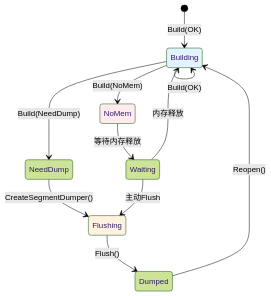
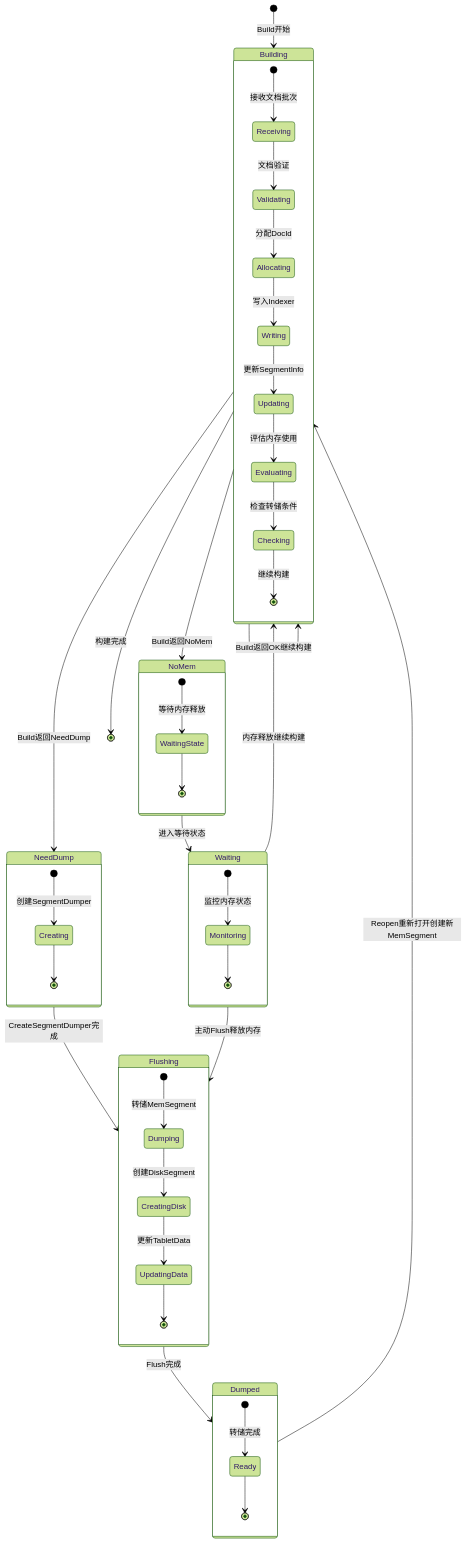
One commit to zhouzhilong-commits/zhouzhilong-commits.github.io changed the fifth of 28 diagrams in _posts/2025-06-03-indexlib-3-build-flow.md. Above: the diagram before and after it, drawn with Mermaid (forest theme). The commit also changed other lines of this file and 6 other files, not shown here.

````diff
--- a/_posts/2025-06-03-indexlib-3-build-flow.md
+++ b/_posts/2025-06-03-indexlib-3-build-flow.md
@@ -329,19 +418,59 @@
 ```mermaid
 stateDiagram-v2
-    [*] --> Building: Build(OK)
-    Building --> Building: Build(OK)
-    Building --> NeedDump: Build(NeedDump)
-    Building --> NoMem: Build(NoMem)
+    [*] --> Building: Build开始
     
-    NeedDump --> Flushing: CreateSegmentDumper()
-    Flushing --> Dumped: Flush()
-    Dumped --> Building: Reopen()
+    state Building {
+        [*] --> Receiving: 接收文档批次
+        Receiving --> Validating: 文档验证
+        Validating --> Allocating: 分配DocId
+        Allocating --> Writing: 写入Indexer
+        Writing --> Updating: 更新SegmentInfo
+        Updating --> Evaluating: 评估内存使用
+        Evaluating --> Checking: 检查转储条件
+        Checking --> [*]: 继续构建
+    }
     
-    NoMem --> Waiting: 等待内存释放
-    Waiting --> Building: 内存释放
-    Waiting --> Flushing: 主动Flush
+    Building --> Building: Build返回OK继续构建
+    Building --> NeedDump: Build返回NeedDump
+    Building --> NoMem: Build返回NoMem
     
-    style Building fill:#e3f2fd
-    style Flushing fill:#fff3e0
-    style NoMem fill:#ffebee
+    state NeedDump {
+        [*] --> Creating: 创建SegmentDumper
+        Creating --> [*]
+    }
+    
+    NeedDump --> Flushing: CreateSegmentDumper完成
+    
+    state Flushing {
+        [*] --> Dumping: 转储MemSegment
+        Dumping --> CreatingDisk: 创建DiskSegment
+        CreatingDisk --> UpdatingData: 更新TabletData
+        UpdatingData --> [*]
+    }
+    
+    Flushing --> Dumped: Flush完成
+    
+    state Dumped {
+        [*] --> Ready: 转储完成
+        Ready --> [*]
+    }
+    
+    Dumped --> Building: Reopen重新打开创建新MemSegment
+    
+    state NoMem {
+        [*] --> WaitingState: 等待内存释放
+        WaitingState --> [*]
+    }
+    
+    NoMem --> Waiting: 进入等待状态
+    
+    state Waiting {
+        [*] --> Monitoring: 监控内存状态
+        Monitoring --> [*]
+    }
+    
+    Waiting --> Building: 内存释放继续构建
+    Waiting --> Flushing: 主动Flush释放内存
+    
+    Building --> [*]: 构建完成
 ```
````
